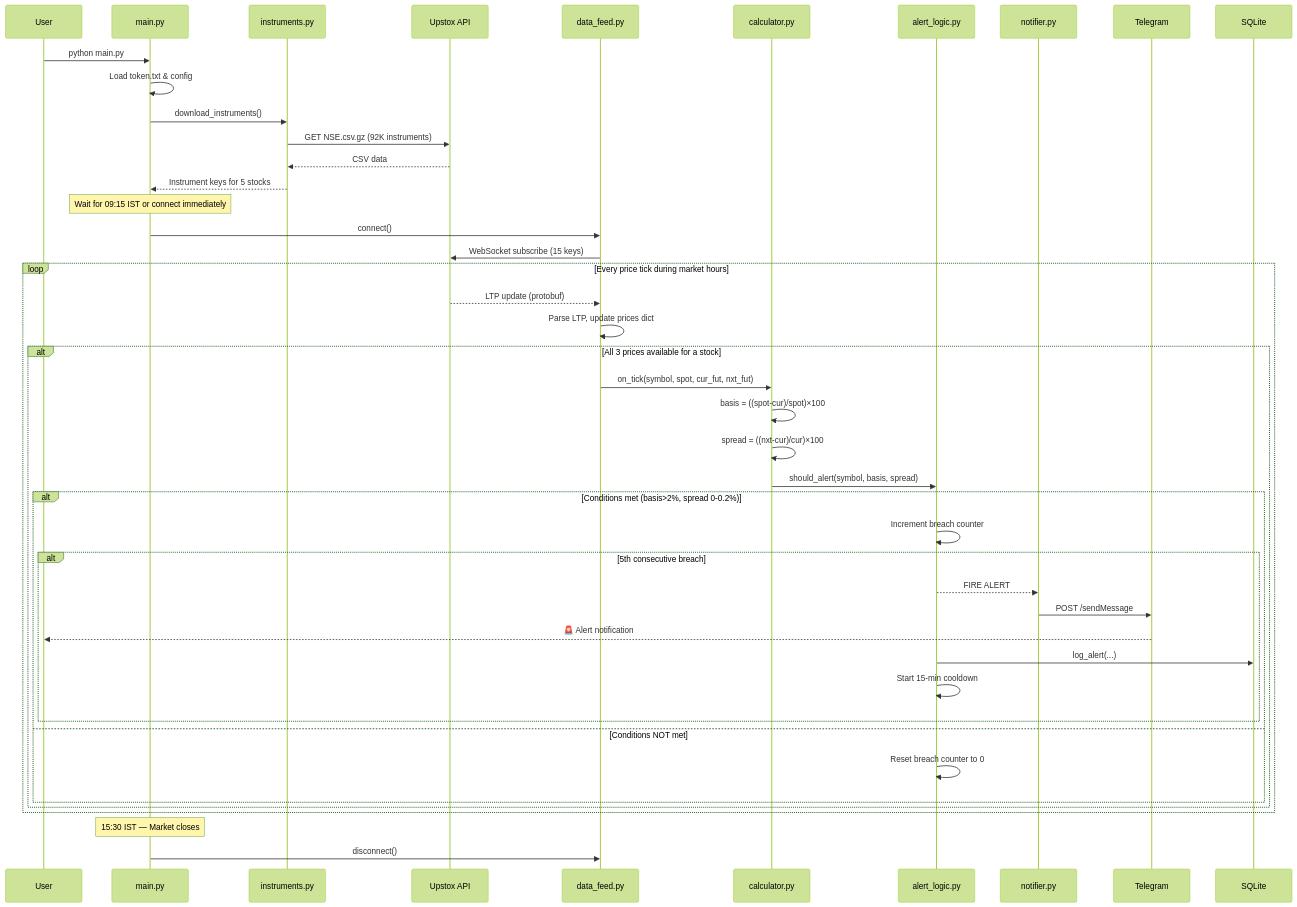
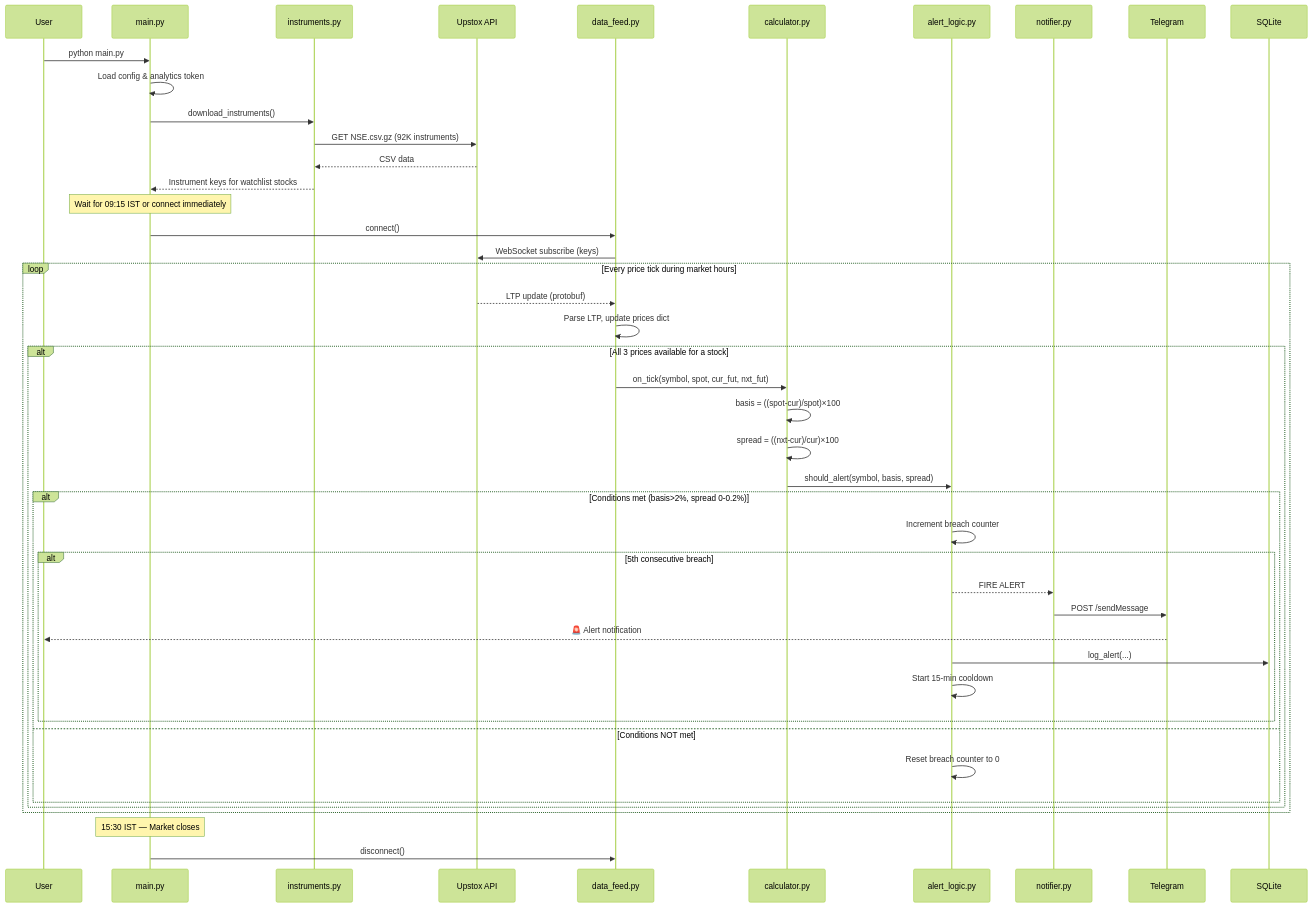
One commit to Sidd-hass/future-price-prediction changed the second of 5 diagrams in docs/System-Documentation.md. Above: the diagram before and after it, drawn with Mermaid (forest theme). The commit also changed other lines of this file and 16 other files, not shown here.

Commit message:
Integrate Upstox analytics token, remove auth server login flow, fix Telegram settings, and dockerize

````diff
--- a/docs/System-Documentation.md
+++ b/docs/System-Documentation.md
@@ -111,54 +105,54 @@
 ```mermaid
 sequenceDiagram
     participant User
     participant Main as main.py
     participant Inst as instruments.py
     participant Upstox as Upstox API
     participant Feed as data_feed.py
     participant Calc as calculator.py
     participant Engine as alert_logic.py
     participant Notifier as notifier.py
     participant Telegram as Telegram
     participant DB as SQLite
 
     User->>Main: python main.py
-    Main->>Main: Load token.txt & config
+    Main->>Main: Load config & analytics token
     Main->>Inst: download_instruments()
     Inst->>Upstox: GET NSE.csv.gz (92K instruments)
     Upstox-->>Inst: CSV data
-    Inst-->>Main: Instrument keys for 5 stocks
+    Inst-->>Main: Instrument keys for watchlist stocks
 
     Note over Main: Wait for 09:15 IST or connect immediately
 
     Main->>Feed: connect()
-    Feed->>Upstox: WebSocket subscribe (15 keys)
+    Feed->>Upstox: WebSocket subscribe (keys)
     
     loop Every price tick during market hours
         Upstox-->>Feed: LTP update (protobuf)
         Feed->>Feed: Parse LTP, update prices dict
         
         alt All 3 prices available for a stock
             Feed->>Calc: on_tick(symbol, spot, cur_fut, nxt_fut)
             Calc->>Calc: basis = ((spot-cur)/spot)×100
             Calc->>Calc: spread = ((nxt-cur)/cur)×100
             Calc->>Engine: should_alert(symbol, basis, spread)
             
             alt Conditions met (basis>2%, spread 0-0.2%)
                 Engine->>Engine: Increment breach counter
                 
                 alt 5th consecutive breach
                     Engine-->>Notifier: FIRE ALERT
                     Notifier->>Telegram: POST /sendMessage
                     Telegram-->>User: 🚨 Alert notification
                     Engine->>DB: log_alert(...)
                     Engine->>Engine: Start 15-min cooldown
                 end
             else Conditions NOT met
                 Engine->>Engine: Reset breach counter to 0
             end
         end
     end
 
     Note over Main: 15:30 IST — Market closes
     Main->>Feed: disconnect()
 ```
````
